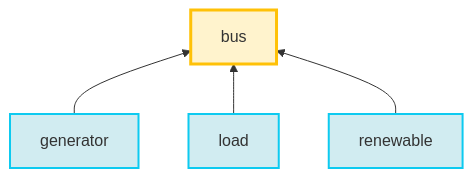
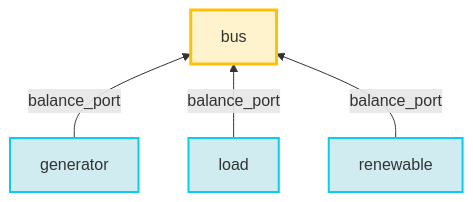
One commit to AntaresSimulatorTeam/GEMS changed the diagram in doc/3_User_Guide/4_Theoretical_Concepts/1_hypergraph_structure.md. Above: the diagram before and after it, drawn with Mermaid. The commit also changed other lines of this file, not shown here.

````diff
--- a/doc/3_User_Guide/4_Theoretical_Concepts/1_hypergraph_structure.md
+++ b/doc/3_User_Guide/4_Theoretical_Concepts/1_hypergraph_structure.md
@@ -133,16 +133,16 @@
 ```mermaid
 flowchart BT
     Bus["bus"]
     Generator["generator"]
     Load["load"]
     Renewable["renewable"]
 
-    Generator --> Bus
-    Load --> Bus
-    Renewable --> Bus
+    Generator --balance_port--> Bus
+    Load --balance_port--> Bus
+    Renewable --balance_port--> Bus
 
     style Bus fill:#fff3cd,stroke:#ffc107,stroke-width:3px
     style Generator fill:#d1ecf1,stroke:#0dcaf0,stroke-width:2px
     style Load fill:#d1ecf1,stroke:#0dcaf0,stroke-width:2px
     style Renewable fill:#d1ecf1,stroke:#0dcaf0,stroke-width:2px
 ```
````
